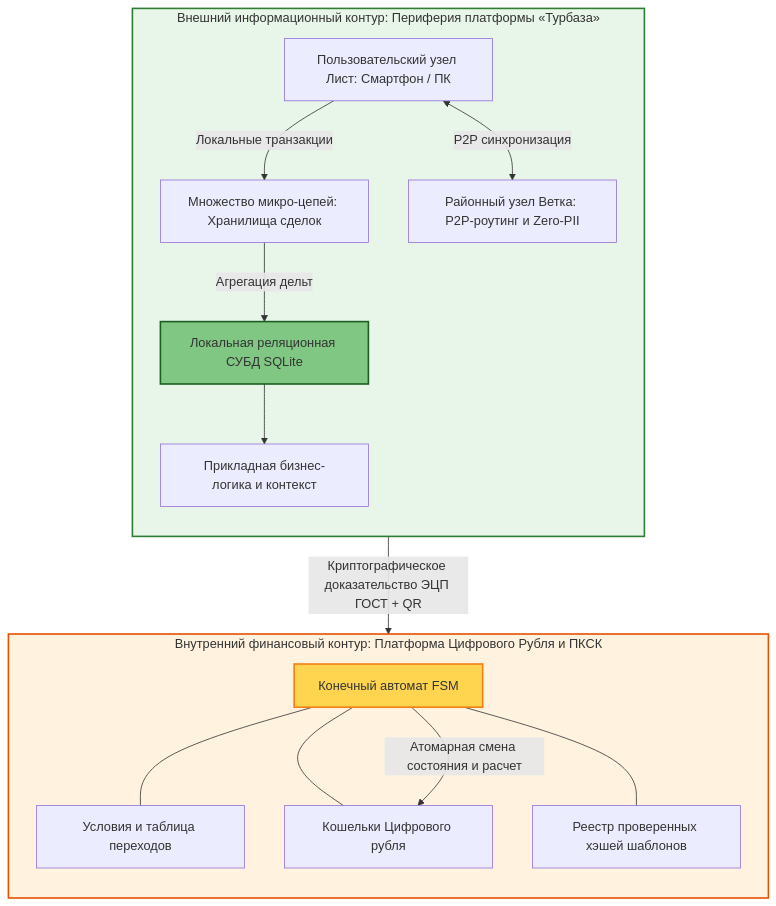
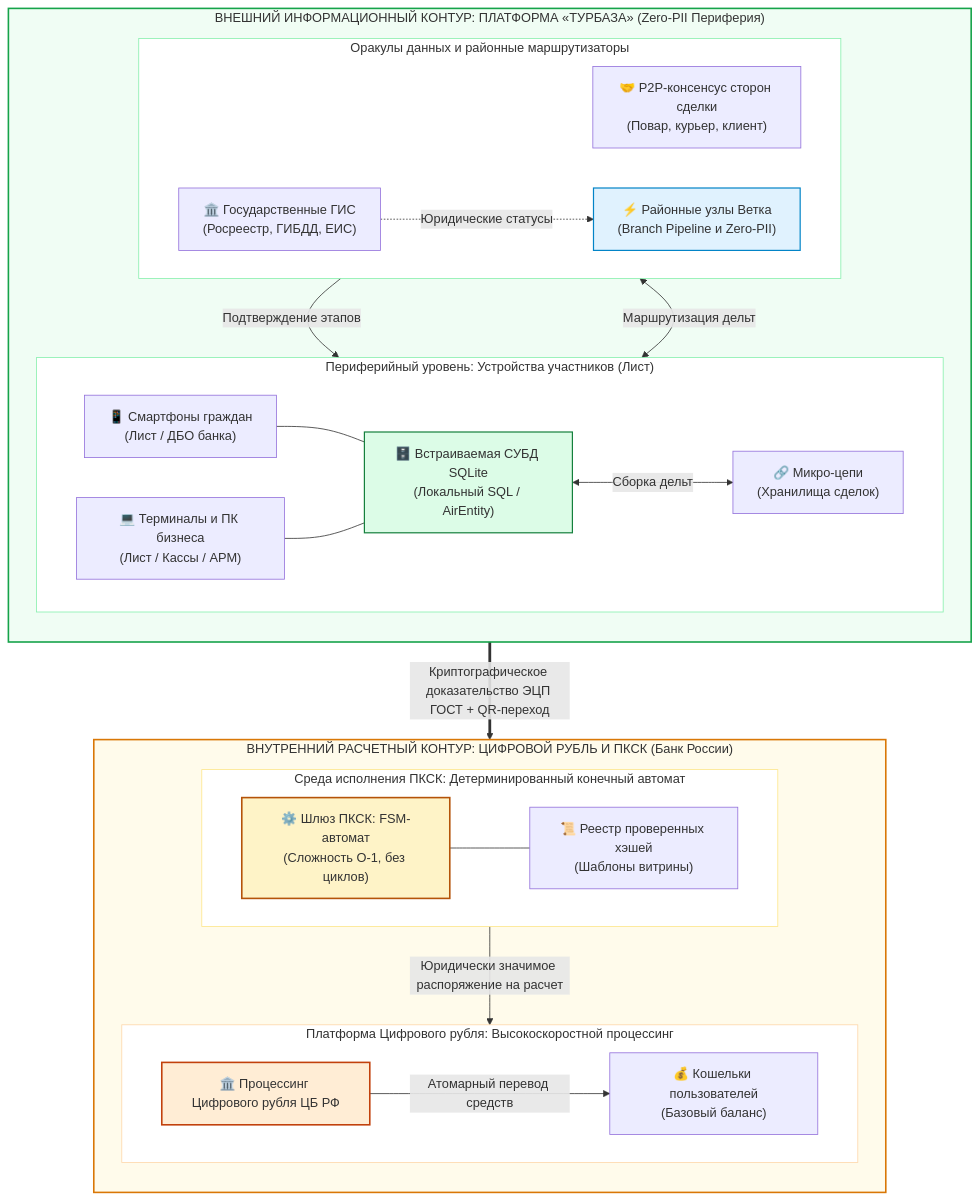
Before and after one commit to Data-Independence-Network/presentations: the first of 2 diagrams in shared_docs/whitepapers/06_cbr_smart_contracts_fsm_whitepaper.md, drawn with Mermaid. The commit also changed other lines of this file, not shown here.

Commit message:
feat(whitepaper-06): complete two-layer architecture diagram with full participant roles and P2P oracles

````diff
--- a/shared_docs/whitepapers/06_cbr_smart_contracts_fsm_whitepaper.md
+++ b/shared_docs/whitepapers/06_cbr_smart_contracts_fsm_whitepaper.md
@@ -95,36 +95,62 @@
 ```mermaid
-graph TB
-    subgraph EdgeTurbase ["Внешний информационный контур: Периферия платформы «Турбаза»"]
+graph TD
+    subgraph UpperLayer ["ВНЕШНИЙ ИНФОРМАЦИОННЫЙ КОНТУР: ПЛАТФОРМА «ТУРБАЗА» (Zero-PII Периферия)"]
         direction TB
-        LeafNode["Пользовательский узел Лист: Смартфон / ПК"]
-        MicroChains["Множество микро-цепей: Хранилища сделок"]
-        LocalSQL["Локальная реляционная СУБД SQLite"]
-        Logic["Прикладная бизнес-логика и контекст"]
-        BranchGateway["Районный узел Ветка: P2P-роутинг и Zero-PII"]
         
-        LeafNode -->|Локальные транзакции| MicroChains
-        MicroChains -->|Агрегация дельт| LocalSQL
-        LocalSQL --> Logic
-        LeafNode <-->|P2P синхронизация| BranchGateway
+        subgraph Row1 ["Периферийный уровень: Устройства участников (Лист)"]
+            direction LR
+            LeafCitizen["📱 Смартфоны граждан<br/>(Лист / ДБО банка)"]
+            LeafBusiness["💻 Терминалы и ПК бизнеса<br/>(Лист / Кассы / АРМ)"]
+            LocalDB["🗄️ Встраиваемая СУБД SQLite<br/>(Локальный SQL / AirEntity)"]
+            MicroChains["🔗 Микро-цепи<br/>(Хранилища сделок)"]
+            
+            LeafCitizen --- LocalDB
+            LeafBusiness --- LocalDB
+            LocalDB <-->|Сборка дельт| MicroChains
+        end
+
+        subgraph Row2 ["Оракулы данных и районные маршрутизаторы"]
+            direction LR
+            P2POracles["🤝 P2P-консенсус сторон сделки<br/>(Повар, курьер, клиент)"]
+            BranchNode["⚡ Районные узлы Ветка<br/>(Branch Pipeline и Zero-PII)"]
+            StateGIS["🏛️ Государственные ГИС<br/>(Росреестр, ГИБДД, ЕИС)"]
+            
+            P2POracles -->|Подтверждение этапов| MicroChains
+            BranchNode <-->|Маршрутизация дельт| MicroChains
+            StateGIS -.->|Юридические статусы| BranchNode
+        end
     end
 
-    subgraph CoreCBR ["Внутренний финансовый контур: Платформа Цифрового Рубля и ПКСК"]
+    subgraph LowerLayer ["ВНУТРЕННИЙ РАСЧЕТНЫЙ КОНТУР: ЦИФРОВОЙ РУБЛЬ И ПКСК (Банк России)"]
         direction TB
-        FSM["Конечный автомат FSM"]
-        Conditions["Условия и таблица переходов"]
-        Wallets["Кошельки Цифрового рубля"]
-        TemplateRegistry["Реестр проверенных хэшей шаблонов"]
         
-        FSM --- Conditions
-        FSM --- Wallets
-        FSM --- TemplateRegistry
+        subgraph FSMBlock ["Среда исполнения ПКСК: Детерминированный конечный автомат"]
+            direction LR
+            FSMGateway["⚙️ Шлюз ПКСК: FSM-автомат<br/>(Сложность O-1, без циклов)"]
+            FSMTemplates["📜 Реестр проверенных хэшей<br/>(Шаблоны витрины)"]
+            FSMGateway --- FSMTemplates
+        end
+        
+        subgraph SettlementBlock ["Платформа Цифрового рубля: Высокоскоростной процессинг"]
+            direction LR
+            CBRCore["🏛️ Процессинг Цифрового рубля ЦБ РФ"]
+            Wallets["💰 Кошельки пользователей<br/>(Базовый баланс)"]
+            CBRCore -->|Атомарный перевод средств| Wallets
+        end
+        
+        FSMGateway -->|Юридически значимое распоряжение на расчет| CBRCore
     end
 
-    Logic -->|Криптографическое доказательство ЭЦП ГОСТ + QR| FSM
-    FSM -->|Атомарная смена состояния и расчет| Wallets
+    MicroChains ==>|"Криптографическое доказательство ЭЦП ГОСТ + QR-переход"| FSMGateway
 
-    style EdgeTurbase fill:#e8f5e9,stroke:#2e7d32,stroke-width:2px
-    style CoreCBR fill:#fff3e0,stroke:#e65100,stroke-width:2px
-    style FSM fill:#ffd54f,stroke:#f57f17,stroke-width:2px
-    style LocalSQL fill:#81c784,stroke:#1b5e20,stroke-width:2px
+    style UpperLayer fill:#f0fdf4,stroke:#16a34a,stroke-width:2px
+    style LowerLayer fill:#fffbeb,stroke:#d97706,stroke-width:2px
+    style Row1 fill:#ffffff,stroke:#86efac,stroke-width:1px
+    style Row2 fill:#ffffff,stroke:#86efac,stroke-width:1px
+    style FSMBlock fill:#ffffff,stroke:#fde68a,stroke-width:1px
+    style SettlementBlock fill:#ffffff,stroke:#fed7aa,stroke-width:1px
+    style FSMGateway fill:#fef3c7,stroke:#b45309,stroke-width:2px
+    style CBRCore fill:#ffedd5,stroke:#c2410c,stroke-width:2px
+    style LocalDB fill:#dcfce7,stroke:#15803d,stroke-width:1.5px
+    style BranchNode fill:#e0f2fe,stroke:#0284c7,stroke-width:1.5px
 ```
````
